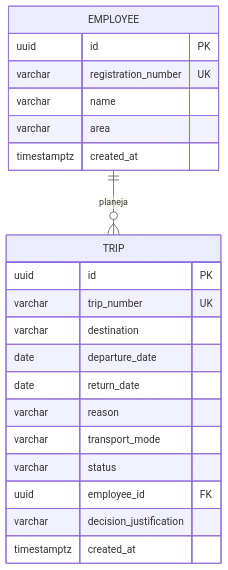
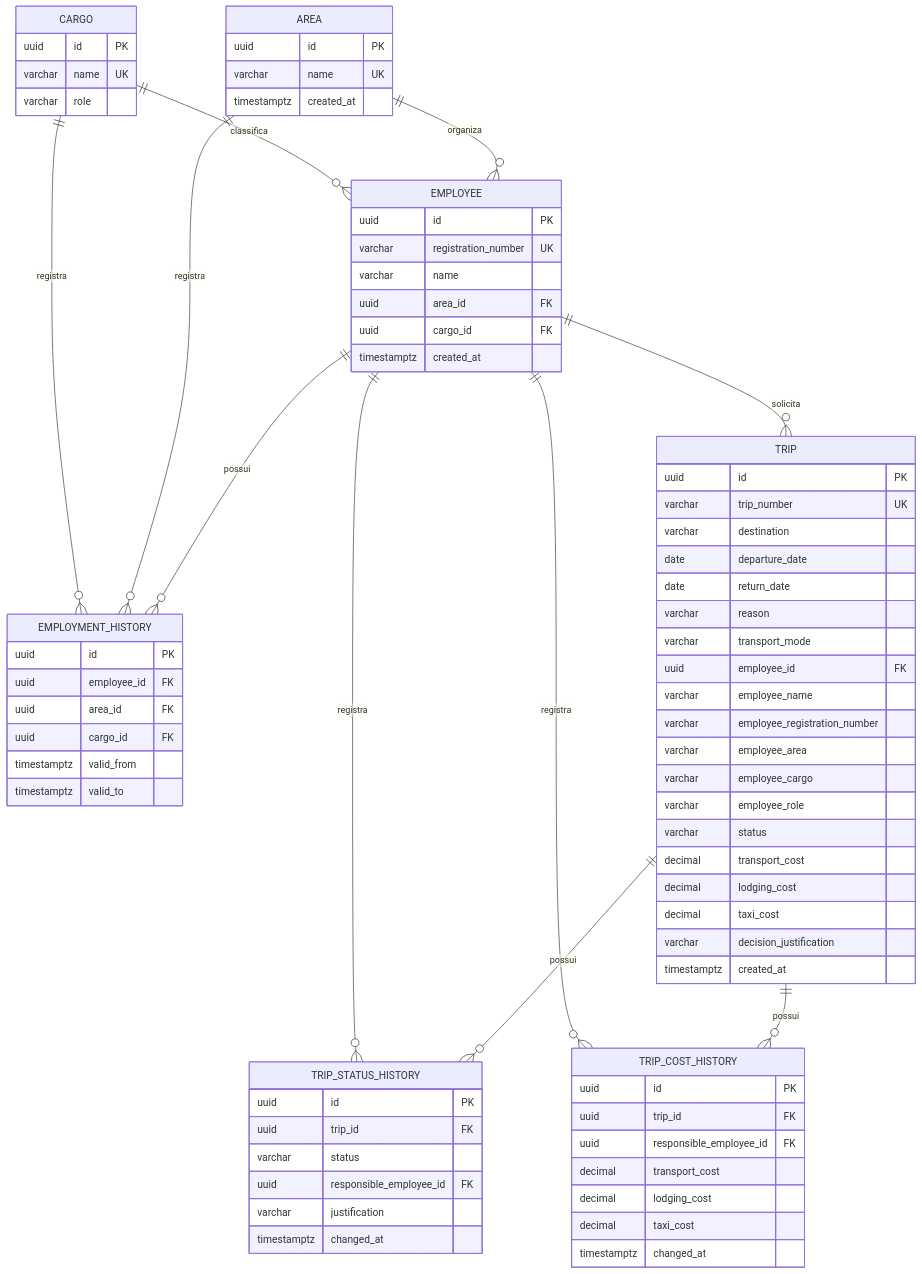
Before and after one commit to gabrielhochmann-academic/es2-travel-management: the diagram in docs/MER/MER-SGV.md, drawn with Mermaid. The commit also changed other lines of this file and 15 other files, not shown here.

````diff
--- a/docs/MER/MER-SGV.md
+++ b/docs/MER/MER-SGV.md
@@ -5,13 +5,44 @@
 ```mermaid
 erDiagram
-    EMPLOYEE ||--o{ TRIP : planeja
+    AREA ||--o{ EMPLOYEE : organiza
+    CARGO ||--o{ EMPLOYEE : classifica
+    EMPLOYEE ||--o{ EMPLOYMENT_HISTORY : possui
+    AREA ||--o{ EMPLOYMENT_HISTORY : registra
+    CARGO ||--o{ EMPLOYMENT_HISTORY : registra
+    EMPLOYEE ||--o{ TRIP : solicita
+    TRIP ||--o{ TRIP_STATUS_HISTORY : possui
+    EMPLOYEE ||--o{ TRIP_STATUS_HISTORY : registra
+    TRIP ||--o{ TRIP_COST_HISTORY : possui
+    EMPLOYEE ||--o{ TRIP_COST_HISTORY : registra
+
+    AREA {
+        uuid id PK
+        varchar name UK
+        timestamptz created_at
+    }
+
+    CARGO {
+        uuid id PK
+        varchar name UK
+        varchar role
+    }
 
     EMPLOYEE {
         uuid id PK
         varchar registration_number UK
         varchar name
-        varchar area
+        uuid area_id FK
+        uuid cargo_id FK
         timestamptz created_at
+    }
+
+    EMPLOYMENT_HISTORY {
+        uuid id PK
+        uuid employee_id FK
+        uuid area_id FK
+        uuid cargo_id FK
+        timestamptz valid_from
+        timestamptz valid_to
     }
 
     TRIP {
@@ -22,9 +53,36 @@
         date return_date
         varchar reason
         varchar transport_mode
+        uuid employee_id FK
+        varchar employee_name
+        varchar employee_registration_number
+        varchar employee_area
+        varchar employee_cargo
+        varchar employee_role
         varchar status
-        uuid employee_id FK
+        decimal transport_cost
+        decimal lodging_cost
+        decimal taxi_cost
         varchar decision_justification
         timestamptz created_at
     }
+
+    TRIP_STATUS_HISTORY {
+        uuid id PK
+        uuid trip_id FK
+        varchar status
+        uuid responsible_employee_id FK
+        varchar justification
+        timestamptz changed_at
+    }
+
+    TRIP_COST_HISTORY {
+        uuid id PK
+        uuid trip_id FK
+        uuid responsible_employee_id FK
+        decimal transport_cost
+        decimal lodging_cost
+        decimal taxi_cost
+        timestamptz changed_at
+    }
 ```
````
